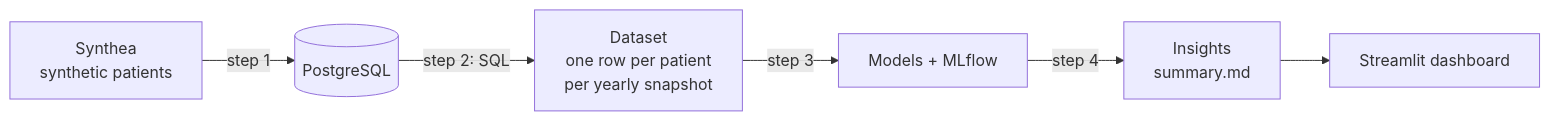
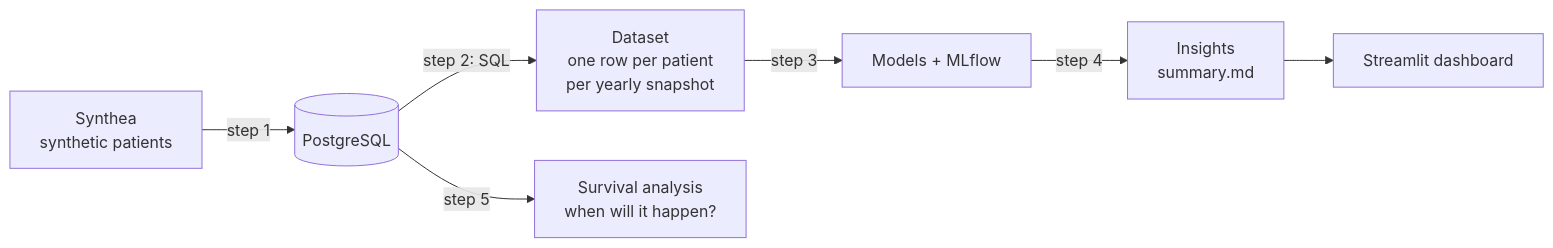
Before and after one commit to deeppunj/patient-finding-synthea: the diagram in README.md, drawn with Mermaid. The commit also changed other lines of this file and 19 other files, not shown here.

First line of the commit message:
Add survival analysis (step 5): time to kidney diagnosis

````diff
--- a/README.md
+++ b/README.md
@@ -25,8 +25,9 @@
 ```mermaid
 flowchart LR
     A[Synthea<br/>synthetic patients] -->|step 1| B[(PostgreSQL)]
     B -->|step 2: SQL| C[Dataset<br/>one row per patient<br/>per yearly snapshot]
     C -->|step 3| D[Models + MLflow]
     D -->|step 4| E[Insights<br/>summary.md]
     E --> F[Streamlit dashboard]
+    B -->|step 5| G[Survival analysis<br/>when will it happen?]
 ```
````
